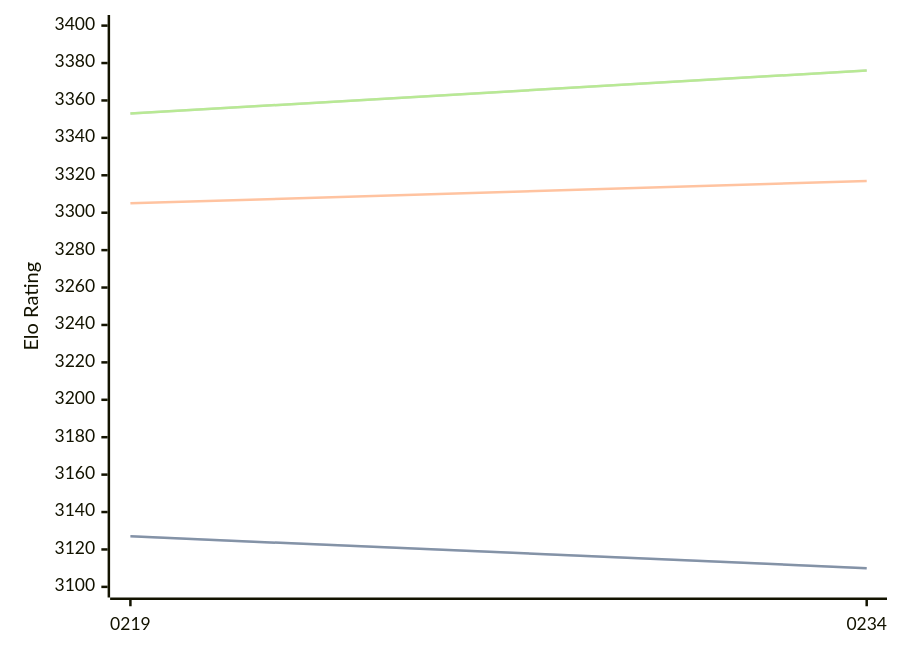
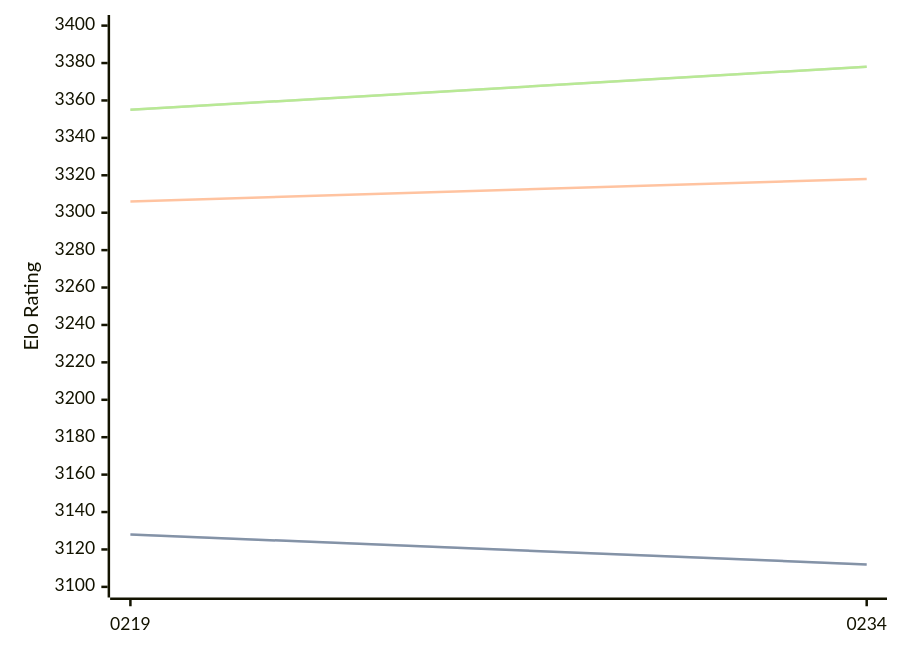
The third of 3 diagrams in engines/Ynode.md (computer-chess-index/cci), drawn with Mermaid before and after one commit. The commit also changed other lines of this file, not shown here.

Commit message:
Update CCI Ratings (ELO VLTC) - 2026-06-22

````diff
--- a/engines/Ynode.md
+++ b/engines/Ynode.md
@@ -72,11 +72,11 @@
 ```mermaid
 %%{init: {"theme":"base","themeVariables":{"seriesColors:['#a3a3a3','#222221','#faa371']}}}%%
 xychart-beta
   x-axis ["0219", "0234"]
   y-axis "Elo Rating" 3100 --> 3400
-  line "STC (8.0+0.08s)" [3127, 3110]
-  line "STC (8.0+0.08s)" [3127, 3110]
-  line "LTC (60.0+0.60s)" [3305, 3317]
-  line "VLTC (2m24s+1.12s)" [3353, 3376]
-  line "VLTC (2m24s+1.12s)" [3353, 3376]
+  line "STC (8.0+0.08s)" [3128, 3112]
+  line "STC (8.0+0.08s)" [3128, 3112]
+  line "LTC (60.0+0.60s)" [3306, 3318]
+  line "VLTC (2m24s+1.12s)" [3355, 3378]
+  line "VLTC (2m24s+1.12s)" [3355, 3378]
 ```
````
